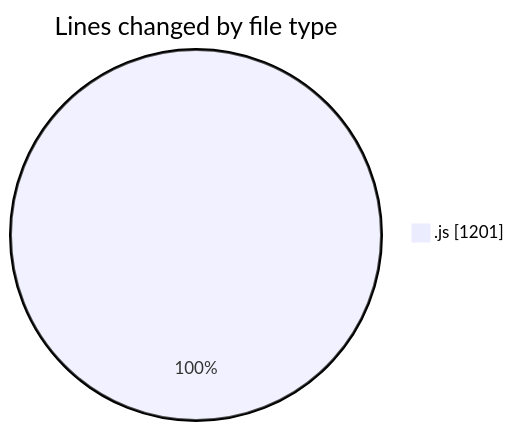
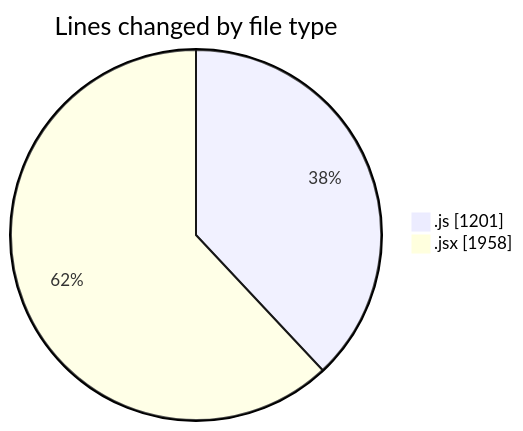
One commit to nxtqubesakshisongat/code-tracking changed the first of 2 diagrams in 2025-10-10/nxtqube_webapp/README.md. Above: the diagram before and after it, drawn with Mermaid. The commit also changed other lines of this file and 1 other file, not shown here.

````diff
--- a/2025-10-10/nxtqube_webapp/README.md
+++ b/2025-10-10/nxtqube_webapp/README.md
@@ -20,5 +22,6 @@
 ```mermaid
 pie showData
 title Lines changed by file type
 ".js" : 1201
+".jsx" : 1958
 ```
````
